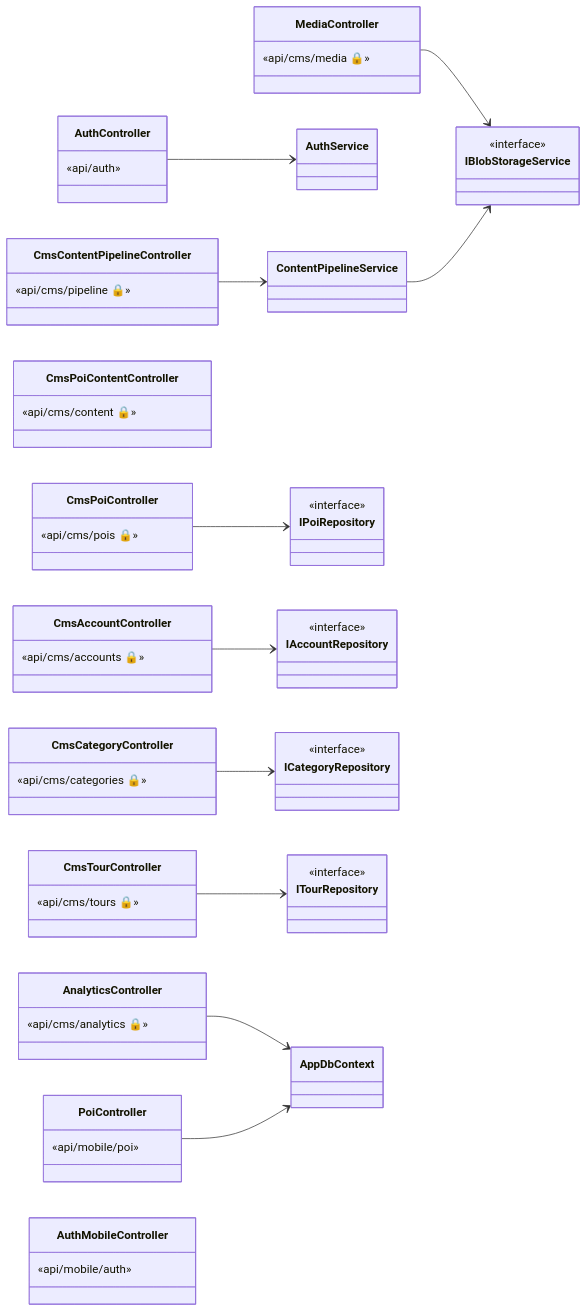
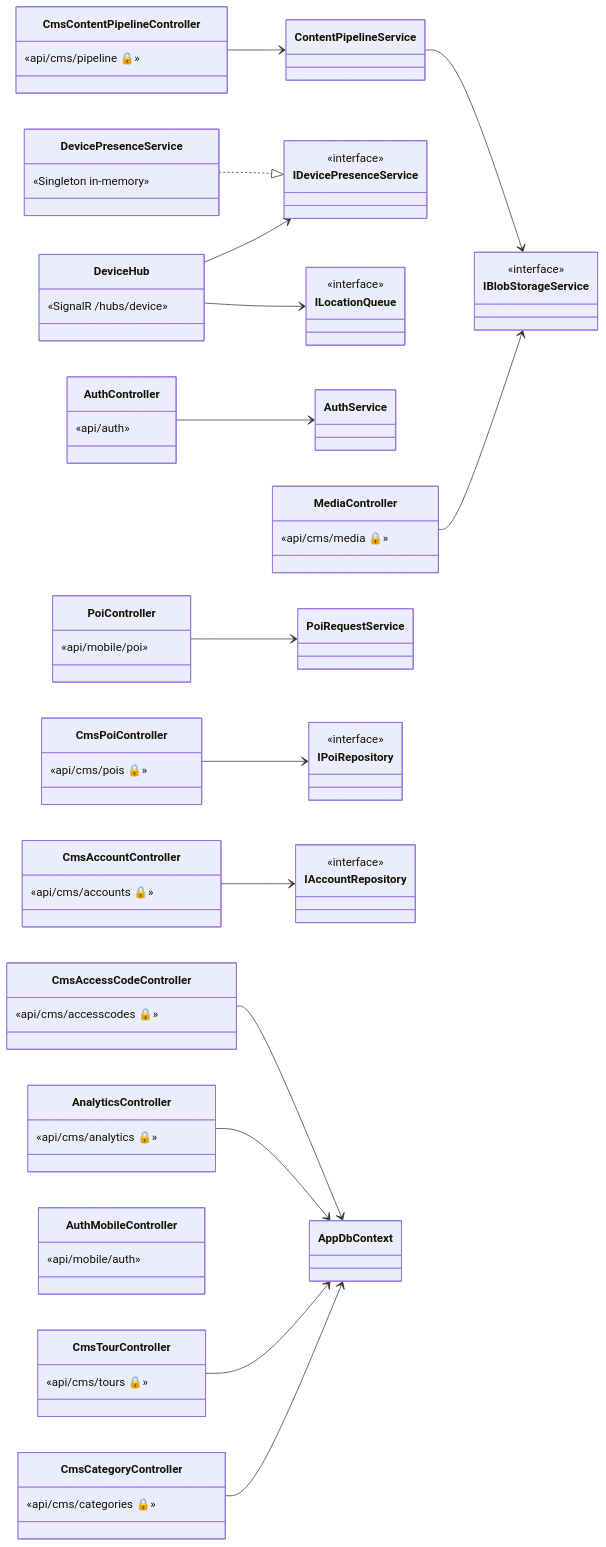
One commit to AudioGo-Project/AudioGo changed the seventh of 47 diagrams in PRD.md. Above: the diagram before and after it, drawn with Mermaid. The commit also changed other lines of this file, not shown here.

````diff
--- a/PRD.md
+++ b/PRD.md
@@ -470,35 +767,43 @@
 ```mermaid
 classDiagram
     direction LR
     class AuthController { «api/auth» }
     class CmsPoiController { «api/cms/pois 🔒» }
-    class CmsPoiContentController { «api/cms/content 🔒» }
     class CmsContentPipelineController { «api/cms/pipeline 🔒» }
     class CmsAccountController { «api/cms/accounts 🔒» }
     class CmsCategoryController { «api/cms/categories 🔒» }
     class CmsTourController { «api/cms/tours 🔒» }
     class AnalyticsController { «api/cms/analytics 🔒» }
+    class CmsAccessCodeController { «api/cms/accesscodes 🔒» }
     class MediaController { «api/cms/media 🔒» }
     class PoiController { «api/mobile/poi» }
     class AuthMobileController { «api/mobile/auth» }
 
+    class DeviceHub { «SignalR /hubs/device» }
+    class IDevicePresenceService { <<interface>> }
+    class DevicePresenceService { «Singleton in-memory» }
+    class ILocationQueue { <<interface>> }
+
     class AuthService
     class ContentPipelineService
+    class PoiRequestService
     class IBlobStorageService { <<interface>> }
     class IPoiRepository { <<interface>> }
     class IAccountRepository { <<interface>> }
-    class ICategoryRepository { <<interface>> }
-    class ITourRepository { <<interface>> }
     class AppDbContext
 
     AuthController --> AuthService
     CmsPoiController --> IPoiRepository
     CmsAccountController --> IAccountRepository
-    CmsCategoryController --> ICategoryRepository
-    CmsTourController --> ITourRepository
+    CmsCategoryController --> AppDbContext
+    CmsTourController --> AppDbContext
     CmsContentPipelineController --> ContentPipelineService
+    AnalyticsController --> AppDbContext
+    CmsAccessCodeController --> AppDbContext
     MediaController --> IBlobStorageService
-    AnalyticsController --> AppDbContext
-    PoiController --> AppDbContext
+    PoiController --> PoiRequestService
     ContentPipelineService --> IBlobStorageService
+    DeviceHub --> IDevicePresenceService
+    DeviceHub --> ILocationQueue
+    DevicePresenceService ..|> IDevicePresenceService
 ```
````
